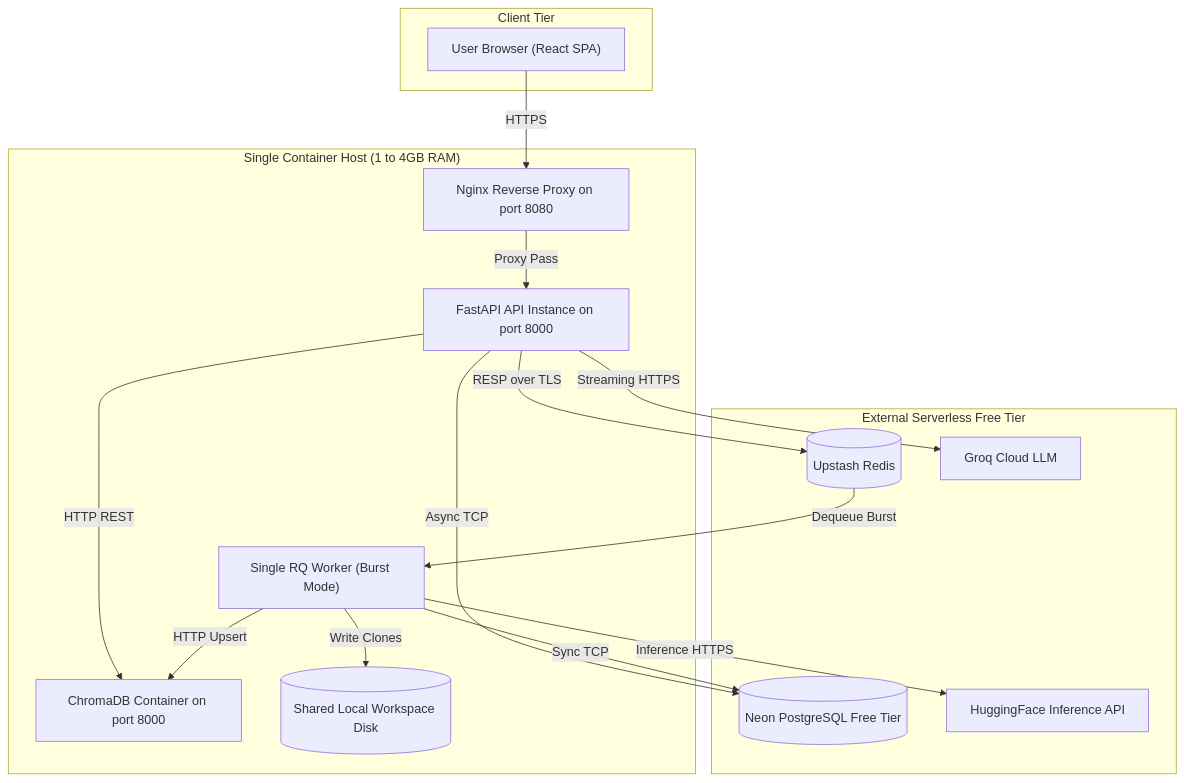
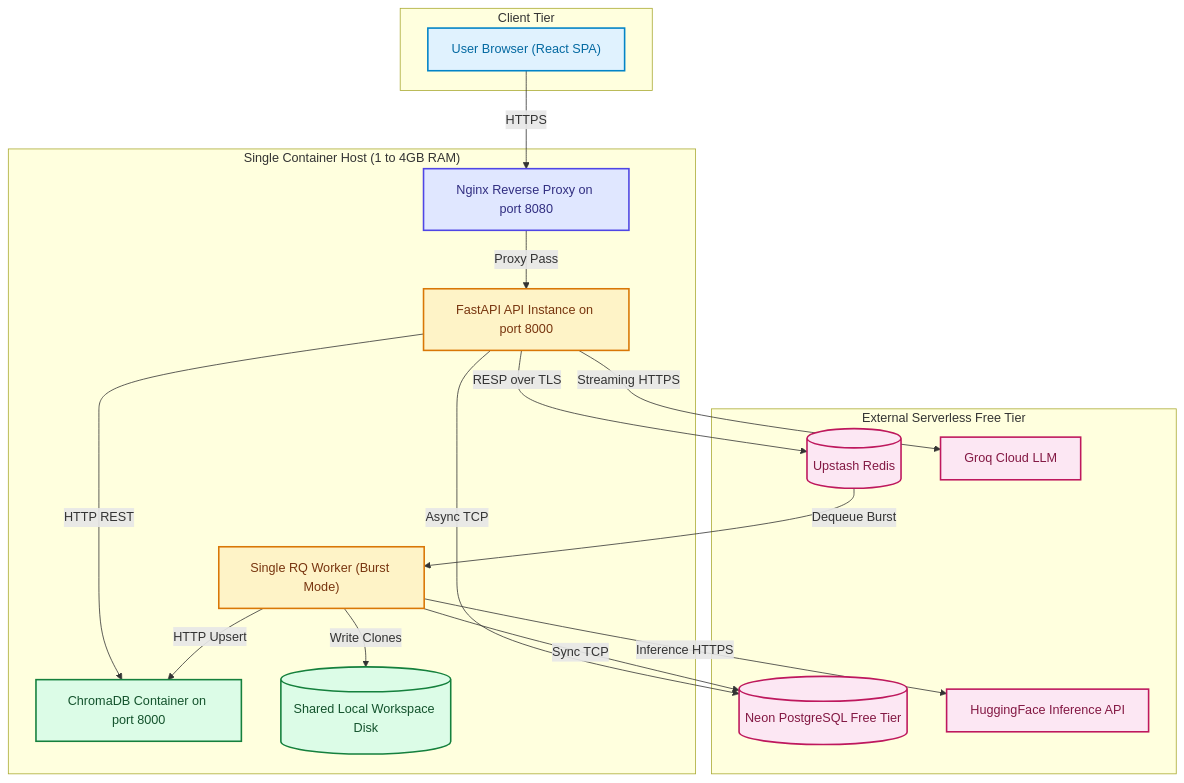
The first of 4 diagrams in vault/15-scaling-architecture.md (nikhil-87/CodeSensei), drawn with Mermaid before and after one commit. The commit also changed other lines of this file and 9 other files, not shown here.

Commit message:
docs: added some colors to mermaid diagrams

````diff
--- a/vault/15-scaling-architecture.md
+++ b/vault/15-scaling-architecture.md
@@ -51,34 +51,46 @@
 ```mermaid
 flowchart TB
     subgraph Client ["Client Tier"]
         Browser["User Browser (React SPA)"]
     end
 
     subgraph SingleNode ["Single Container Host (1 to 4GB RAM)"]
         Nginx["Nginx Reverse Proxy on port 8080"]
         API["FastAPI API Instance on port 8000"]
         Worker["Single RQ Worker (Burst Mode)"]
         Chroma["ChromaDB Container on port 8000"]
         FS[("Shared Local Workspace Disk")]
     end
 
     subgraph FreeTierCloud ["External Serverless Free Tier"]
         Neon[("Neon PostgreSQL Free Tier")]
         Upstash[("Upstash Redis")]
         Groq["Groq Cloud LLM"]
         HF["HuggingFace Inference API"]
     end
 
     Browser -->|HTTPS| Nginx
     Nginx -->|Proxy Pass| API
     API -->|Async TCP| Neon
     API -->|RESP over TLS| Upstash
     API -->|HTTP REST| Chroma
     API -->|Streaming HTTPS| Groq
 
     Upstash -->|Dequeue Burst| Worker
     Worker -->|Sync TCP| Neon
     Worker -->|Write Clones| FS
     Worker -->|HTTP Upsert| Chroma
     Worker -->|Inference HTTPS| HF
+
+    classDef client fill:#e0f2fe,stroke:#0284c7,stroke-width:2px,color:#0369a1;
+    classDef ingress fill:#e0e7ff,stroke:#4f46e5,stroke-width:2px,color:#312e81;
+    classDef app fill:#fef3c7,stroke:#d97706,stroke-width:2px,color:#78350f;
+    classDef storage fill:#dcfce7,stroke:#15803d,stroke-width:2px,color:#14532d;
+    classDef external fill:#fce7f3,stroke:#be185d,stroke-width:2px,color:#831843;
+
+    class Browser client;
+    class Nginx ingress;
+    class API,Worker app;
+    class Chroma,FS storage;
+    class Neon,Upstash,Groq,HF external;
 ```
````
